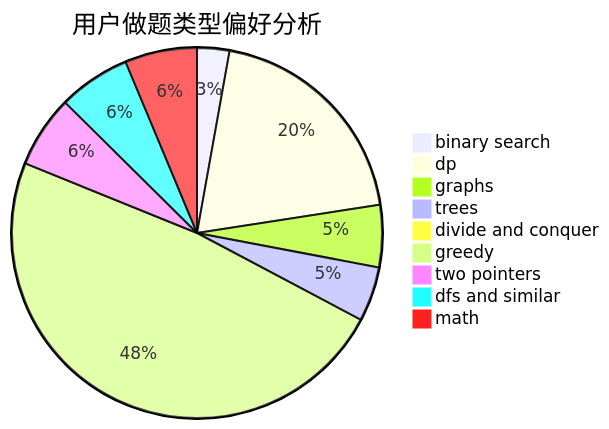
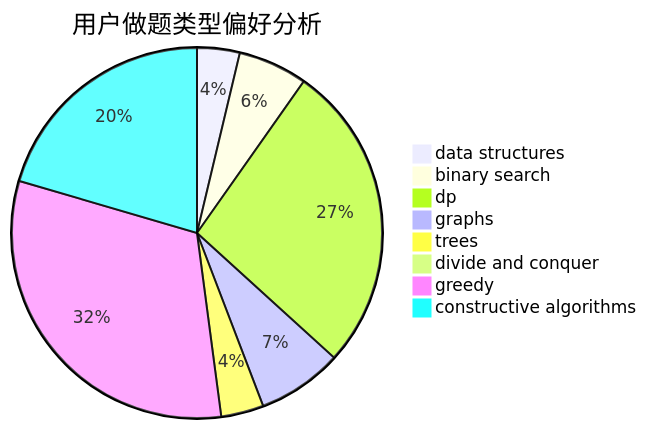
Before and after one commit to sherpahu/cfrs.github.io: the second of 3 diagrams in docs/user/u2229.md, drawn with Mermaid. The commit also changed other lines of this file and 2775 other files, not shown here.

````diff
--- a/docs/user/u2229.md
+++ b/docs/user/u2229.md
@@ -23,12 +23,11 @@
 ```mermaid
 pie title 用户做题类型偏好分析
+    "data structures" :  8
     "binary search" :  13
-    "dp" :  91
-    "graphs" :  25
-    "trees" :  22
+    "dp" :  58
+    "graphs" :  16
+    "trees" :  8
     "divide and conquer" :  0
-    "greedy" :  223
-    "two pointers" :  29
-    "dfs and similar" :  29
-    "math" :  29
+    "greedy" :  68
+    "constructive algorithms" :  44
 ```
````
